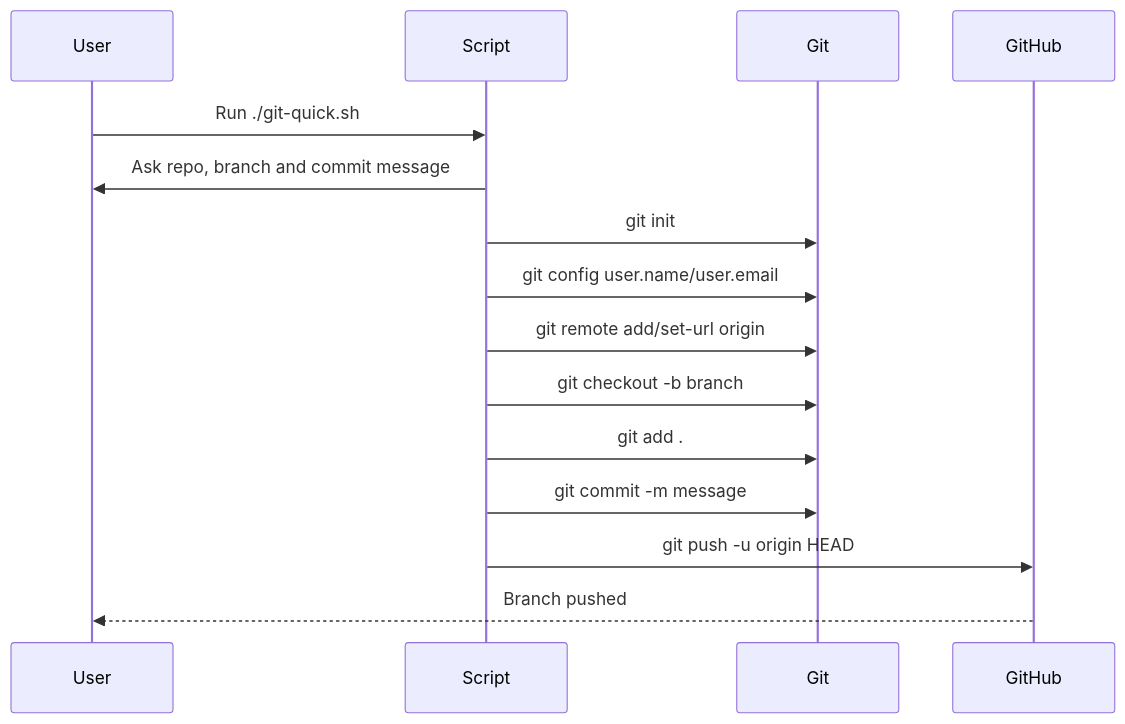
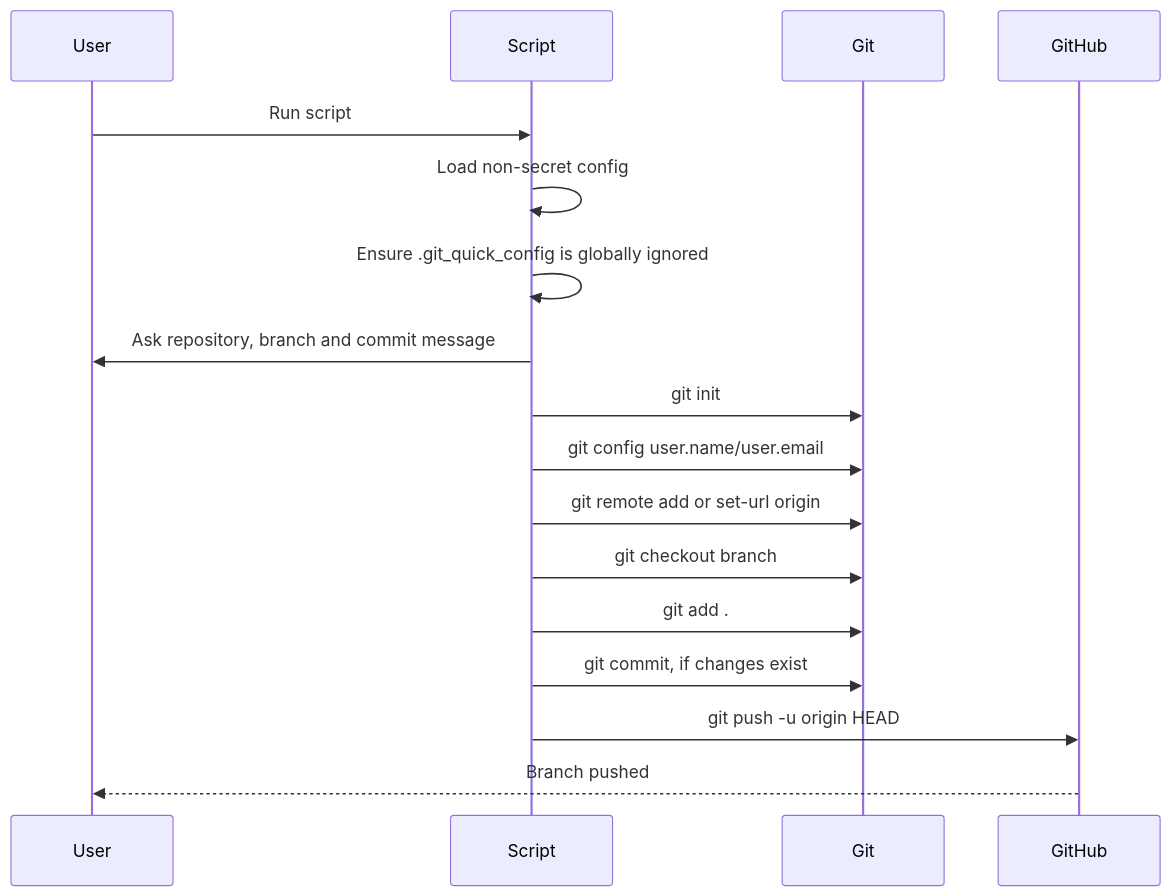
One commit to esteban-armas/git-quick changed the fourth of 6 diagrams in README.md. Above: the diagram before and after it, drawn with Mermaid. The commit also changed other lines of this file, not shown here.

````diff
--- a/README.md
+++ b/README.md
@@ -313,18 +470,20 @@
 ```mermaid
 sequenceDiagram
     participant User
     participant Script
     participant Git
     participant GitHub
 
-    User->>Script: Run ./git-quick.sh
-    Script->>User: Ask repo, branch and commit message
+    User->>Script: Run script
+    Script->>Script: Load non-secret config
+    Script->>Script: Ensure .git_quick_config is globally ignored
+    Script->>User: Ask repository, branch and commit message
     Script->>Git: git init
     Script->>Git: git config user.name/user.email
-    Script->>Git: git remote add/set-url origin
-    Script->>Git: git checkout -b branch
+    Script->>Git: git remote add or set-url origin
+    Script->>Git: git checkout branch
     Script->>Git: git add .
-    Script->>Git: git commit -m message
+    Script->>Git: git commit, if changes exist
     Script->>GitHub: git push -u origin HEAD
     GitHub-->>User: Branch pushed
 ```
````
